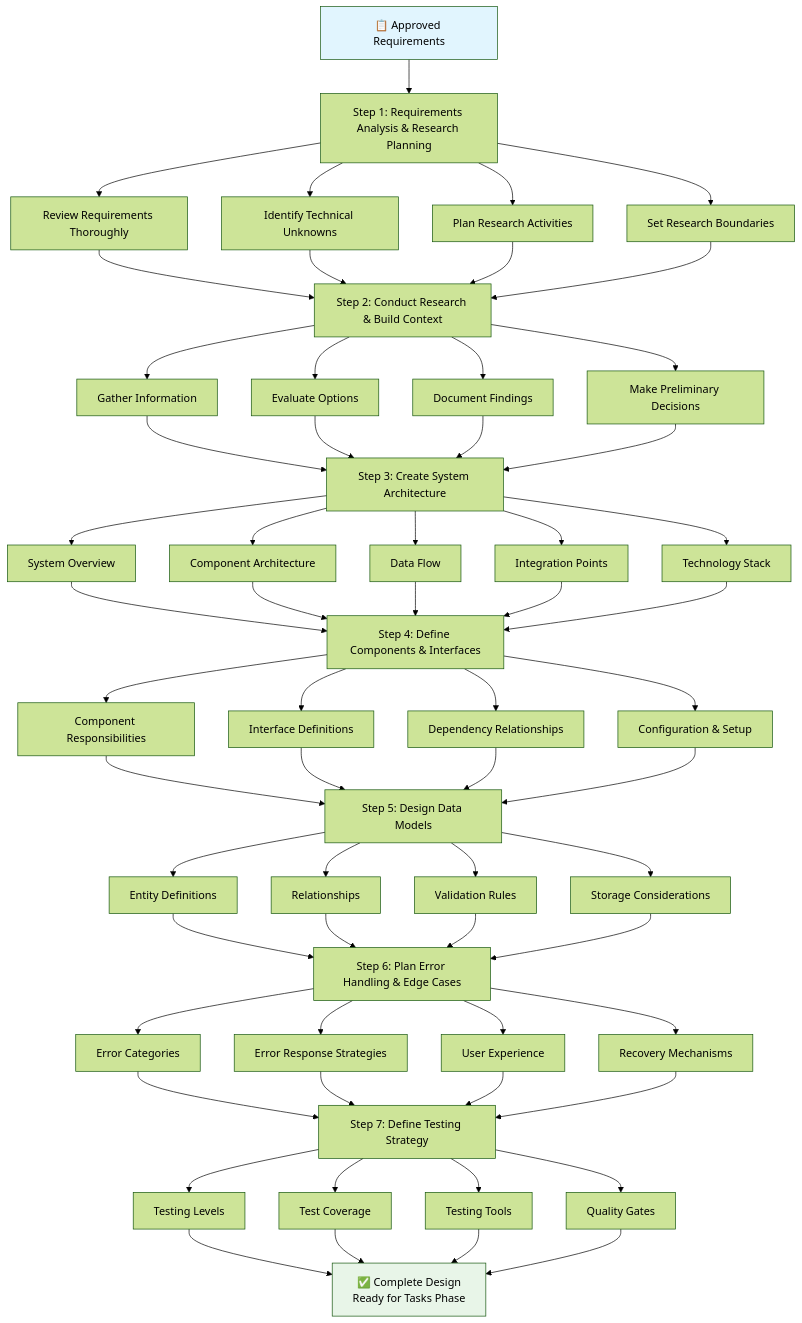
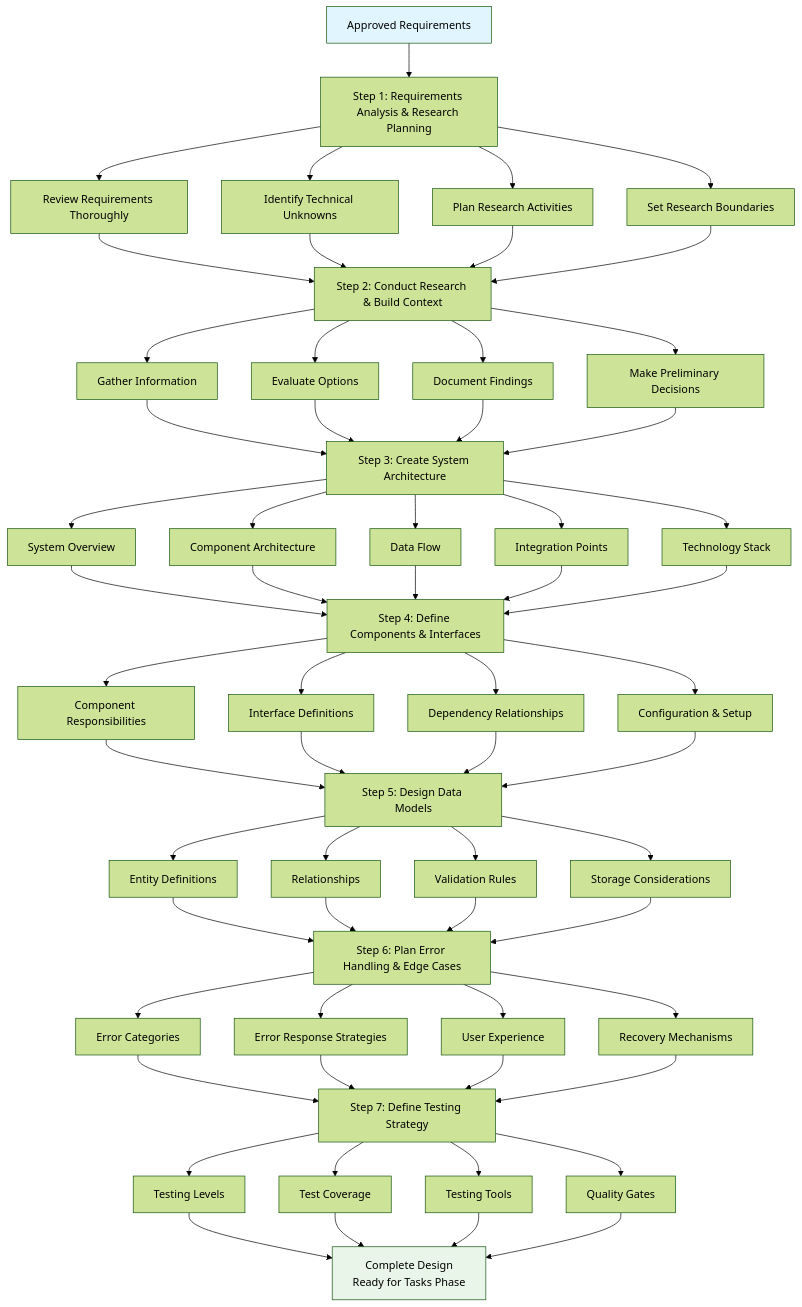
One commit to kevinlin/ai-sdlc-playbook changed the diagram in docs/workflow/spec-driven-development/process/02-design-phase.md. Above: the diagram before and after it, drawn with Mermaid (forest theme). The commit also changed 12 other files, not shown here.

````diff
--- a/docs/workflow/spec-driven-development/process/02-design-phase.md
+++ b/docs/workflow/spec-driven-development/process/02-design-phase.md
@@ -30,50 +30,50 @@
 ```mermaid
 flowchart TD
-    A["📋 Approved Requirements"] --> B["Step 1: Requirements Analysis & Research Planning"]
+    A["Approved Requirements"] --> B["Step 1: Requirements Analysis & Research Planning"]
     B --> B1["Review Requirements Thoroughly"]
     B --> B2["Identify Technical Unknowns"]
     B --> B3["Plan Research Activities"]
     B --> B4["Set Research Boundaries"]
     
     B1 & B2 & B3 & B4 --> C["Step 2: Conduct Research & Build Context"]
     C --> C1["Gather Information"]
     C --> C2["Evaluate Options"]
     C --> C3["Document Findings"]
     C --> C4["Make Preliminary Decisions"]
     
     C1 & C2 & C3 & C4 --> D["Step 3: Create System Architecture"]
     D --> D1["System Overview"]
     D --> D2["Component Architecture"]
     D --> D3["Data Flow"]
     D --> D4["Integration Points"]
     D --> D5["Technology Stack"]
     
     D1 & D2 & D3 & D4 & D5 --> E["Step 4: Define Components & Interfaces"]
     E --> E1["Component Responsibilities"]
     E --> E2["Interface Definitions"]
     E --> E3["Dependency Relationships"]
     E --> E4["Configuration & Setup"]
     
     E1 & E2 & E3 & E4 --> F["Step 5: Design Data Models"]
     F --> F1["Entity Definitions"]
     F --> F2["Relationships"]
     F --> F3["Validation Rules"]
     F --> F4["Storage Considerations"]
     
     F1 & F2 & F3 & F4 --> G["Step 6: Plan Error Handling & Edge Cases"]
     G --> G1["Error Categories"]
     G --> G2["Error Response Strategies"]
     G --> G3["User Experience"]
     G --> G4["Recovery Mechanisms"]
     
     G1 & G2 & G3 & G4 --> H["Step 7: Define Testing Strategy"]
     H --> H1["Testing Levels"]
     H --> H2["Test Coverage"]
     H --> H3["Testing Tools"]
     H --> H4["Quality Gates"]
     
-    H1 & H2 & H3 & H4 --> I["✅ Complete Design<br/>Ready for Tasks Phase"]
+    H1 & H2 & H3 & H4 --> I["Complete Design<br/>Ready for Tasks Phase"]
     
     style A fill:#e1f5fe
     style I fill:#e8f5e8
 ```
````
